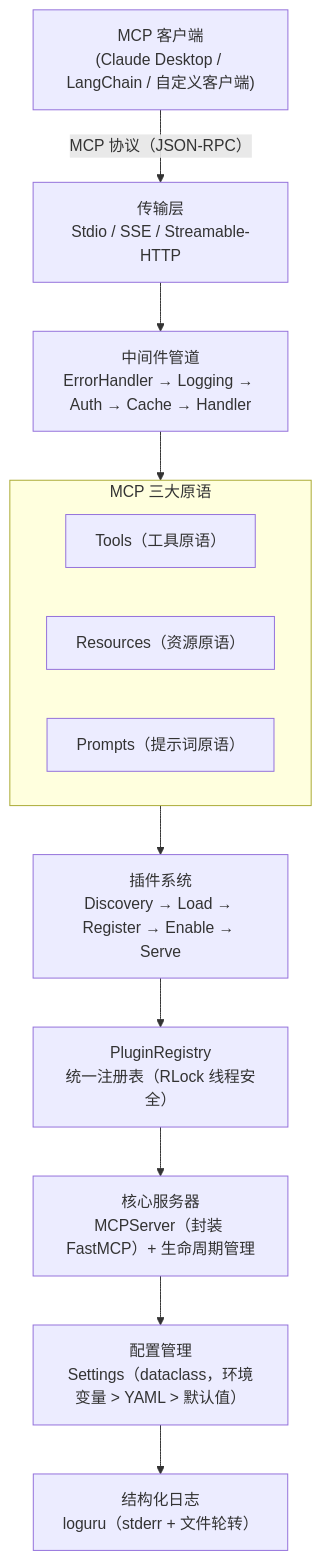
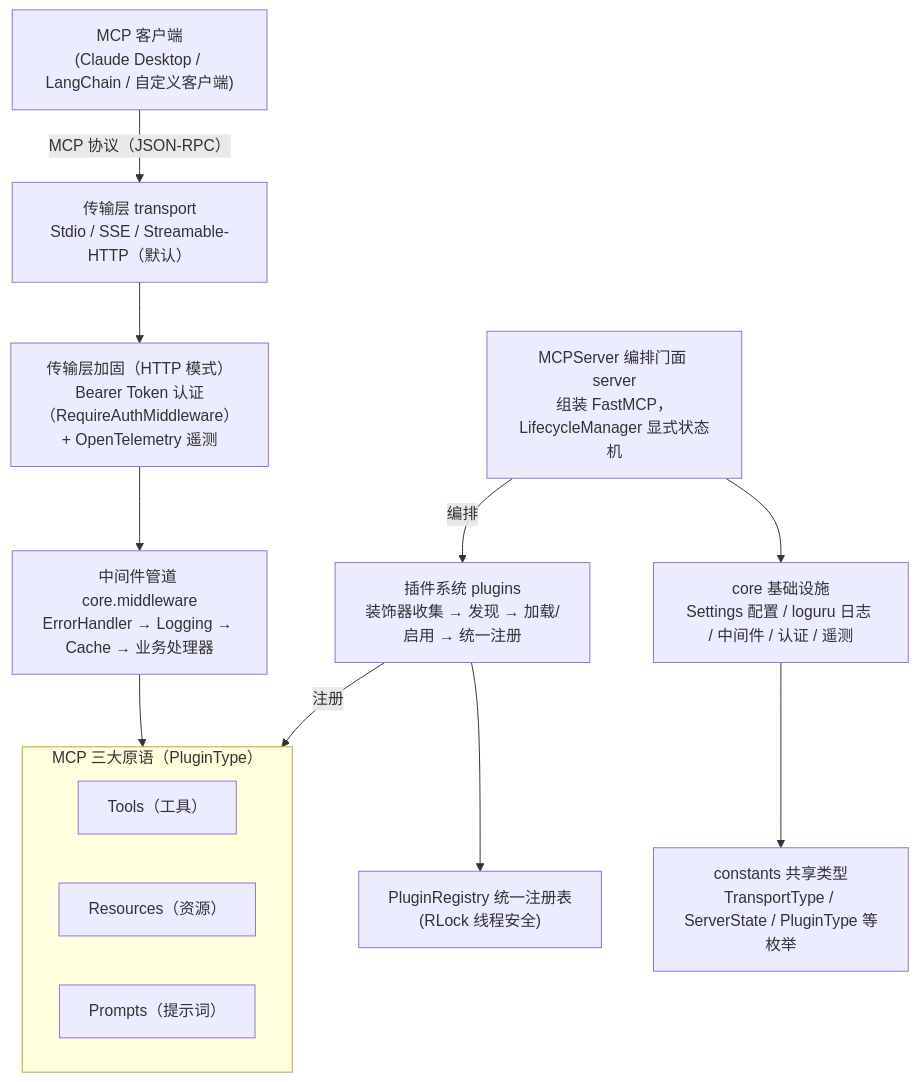
The first of 4 diagrams in README.md (chain-engine/x-QiuChi), drawn with Mermaid before and after one commit. The commit also changed other lines of this file and 2 other files, not shown here.

````diff
--- a/README.md
+++ b/README.md
@@ -470,26 +470,28 @@
 ```mermaid
 flowchart TD
     A["MCP 客户端<br/>(Claude Desktop / LangChain / 自定义客户端)"]
-    B["传输层<br/>Stdio / SSE / Streamable-HTTP"]
-    C["中间件管道<br/>ErrorHandler → Logging → Auth → Cache → Handler"]
-    subgraph D["MCP 三大原语"]
+    B["传输层 transport<br/>Stdio / SSE / Streamable-HTTP（默认）"]
+    B1["传输层加固（HTTP 模式）<br/>Bearer Token 认证（RequireAuthMiddleware）+ OpenTelemetry 遥测"]
+    C["中间件管道 core.middleware<br/>ErrorHandler → Logging → Cache → 业务处理器"]
+    subgraph D["MCP 三大原语（PluginType）"]
         direction LR
-        D1["Tools（工具原语）"]
-        D2["Resources（资源原语）"]
-        D3["Prompts（提示词原语）"]
+        D1["Tools（工具）"]
+        D2["Resources（资源）"]
+        D3["Prompts（提示词）"]
     end
-    E["插件系统<br/>Discovery → Load → Register → Enable → Serve"]
-    F["PluginRegistry<br/>统一注册表（RLock 线程安全）"]
-    G["核心服务器<br/>MCPServer（封装 FastMCP）+ 生命周期管理"]
-    H["配置管理<br/>Settings（dataclass，环境变量 > YAML > 默认值）"]
-    I["结构化日志<br/>loguru（stderr + 文件轮转）"]
+    E["插件系统 plugins<br/>装饰器收集 → 发现 → 加载/启用 → 统一注册"]
+    F["PluginRegistry 统一注册表<br/>(RLock 线程安全)"]
+    G["MCPServer 编排门面 server<br/>组装 FastMCP，LifecycleManager 显式状态机"]
+    H["core 基础设施<br/>Settings 配置 / loguru 日志 / 中间件 / 认证 / 遥测"]
+    I["constants 共享类型<br/>TransportType / ServerState / PluginType 等枚举"]
 
     A -->|"MCP 协议（JSON-RPC）"| B
-    B --> C
+    B --> B1
+    B1 --> C
     C --> D
-    D --> E
+    E -->|"注册"| D
     E --> F
-    F --> G
+    G -->|"编排"| E
     G --> H
     H --> I
 ```
````
